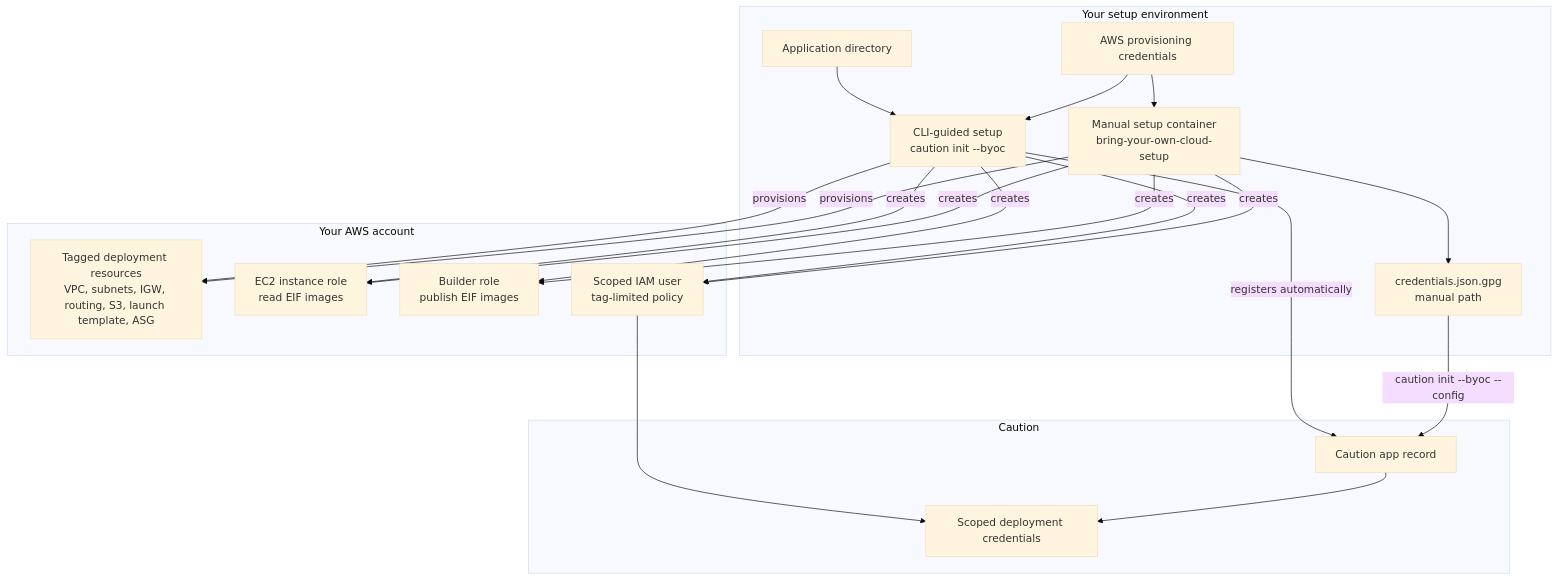
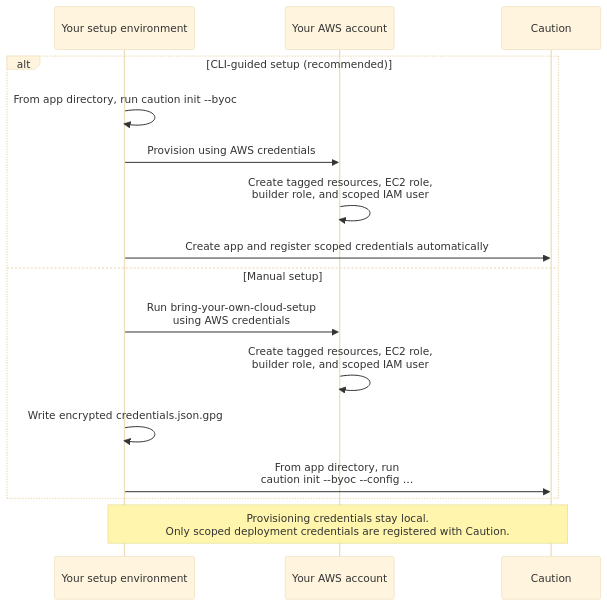
The diagram in docs/quickstart/byoc.md (CautionHosting/docs), drawn with Mermaid (base theme) before and after one commit.

Commit message:
simplify BYOC provisioning diagram

````diff
--- a/docs/quickstart/byoc.md
+++ b/docs/quickstart/byoc.md
@@ -110,42 +110,20 @@
 ```mermaid
-flowchart TB
-    subgraph Local["Your setup environment"]
-        AppDir["Application directory"]
-        AwsCreds["AWS provisioning credentials"]
-        CliSetup["CLI-guided setup<br/>caution init --byoc"]
-        ManualSetup["Manual setup container<br/>bring-your-own-cloud-setup"]
-        ConfigFile["credentials.json.gpg<br/>manual path"]
+sequenceDiagram
+    participant Local as Your setup environment
+    participant Aws as Your AWS account
+    participant Caution
+
+    alt CLI-guided setup (recommended)
+        Local->>Local: From app directory, run caution init --byoc
+        Local->>Aws: Provision using AWS credentials
+        Aws->>Aws: Create tagged resources, EC2 role,<br/>builder role, and scoped IAM user
+        Local->>Caution: Create app and register scoped credentials automatically
+    else Manual setup
+        Local->>Aws: Run bring-your-own-cloud-setup<br/>using AWS credentials
+        Aws->>Aws: Create tagged resources, EC2 role,<br/>builder role, and scoped IAM user
+        Local->>Local: Write encrypted credentials.json.gpg
+        Local->>Caution: From app directory, run<br/>caution init --byoc --config …
     end
 
-    subgraph Aws["Your AWS account"]
-        Resources["Tagged deployment resources<br/>VPC, subnets, IGW, routing, S3, launch template, ASG"]
-        InstanceRole["EC2 instance role<br/>read EIF images"]
-        BuilderRole["Builder role<br/>publish EIF images"]
-        ScopedUser["Scoped IAM user<br/>tag-limited policy"]
-    end
-
-    subgraph Caution["Caution"]
-        AppRecord["Caution app record"]
-        DeploymentCreds["Scoped deployment credentials"]
-    end
-
-    AppDir --> CliSetup
-    AwsCreds --> CliSetup
-    AwsCreds --> ManualSetup
-
-    CliSetup -->|provisions| Resources
-    CliSetup -->|creates| InstanceRole
-    CliSetup -->|creates| BuilderRole
-    CliSetup -->|creates| ScopedUser
-    CliSetup -->|registers automatically| AppRecord
-
-    ManualSetup -->|provisions| Resources
-    ManualSetup -->|creates| InstanceRole
-    ManualSetup -->|creates| BuilderRole
-    ManualSetup -->|creates| ScopedUser
-    ManualSetup --> ConfigFile
-    ConfigFile -->|caution init --byoc --config| AppRecord
-
-    ScopedUser --> DeploymentCreds
-    AppRecord --> DeploymentCreds
+    Note over Local,Caution: Provisioning credentials stay local.<br/>Only scoped deployment credentials are registered with Caution.
 ```
````
